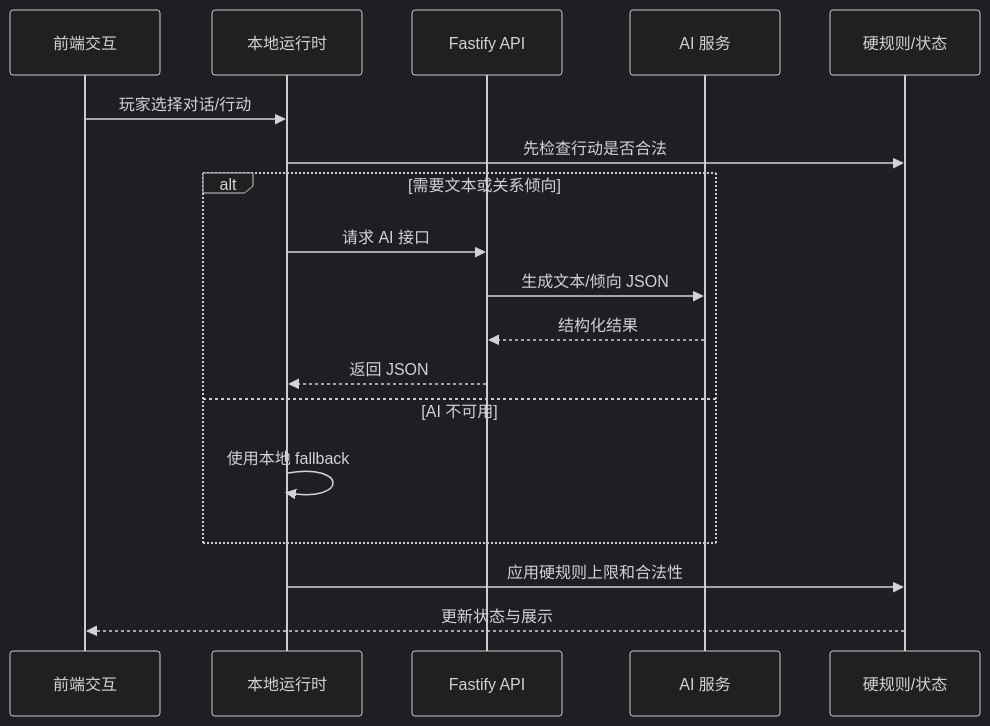
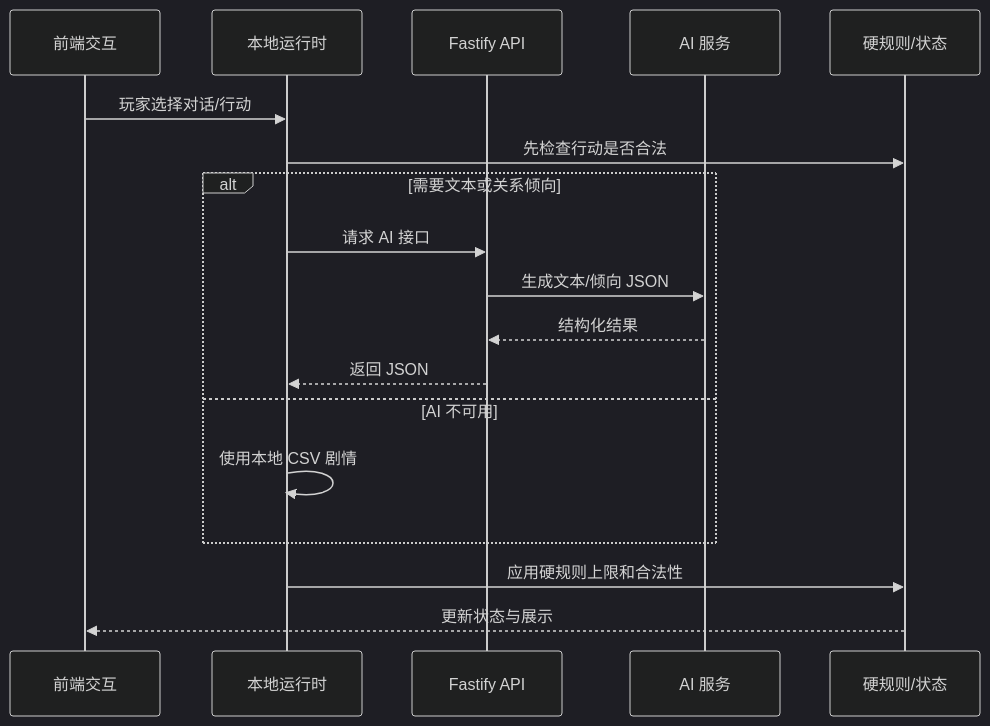
Diagram 15 of 17 in 02-project-codex-ai-config-wiring-fix/docs/game-system-breakdown.md (changyikun/02-project-codex-ai-config-wiring-fix), drawn with Mermaid (dark theme) before and after one commit. The commit also changed other lines of this file and 77 other files, not shown here.

````diff
--- a/02-project-codex-ai-config-wiring-fix/docs/game-system-breakdown.md
+++ b/02-project-codex-ai-config-wiring-fix/docs/game-system-breakdown.md
@@ -673,21 +692,21 @@
 ```mermaid
 sequenceDiagram
   participant UI as 前端交互
   participant Runtime as 本地运行时
   participant API as Fastify API
   participant AI as AI 服务
   participant Rule as 硬规则/状态
 
   UI->>Runtime: 玩家选择对话/行动
   Runtime->>Rule: 先检查行动是否合法
   alt 需要文本或关系倾向
     Runtime->>API: 请求 AI 接口
     API->>AI: 生成文本/倾向 JSON
     AI-->>API: 结构化结果
     API-->>Runtime: 返回 JSON
   else AI 不可用
-    Runtime->>Runtime: 使用本地 fallback
+    Runtime->>Runtime: 使用本地 CSV 剧情
   end
   Runtime->>Rule: 应用硬规则上限和合法性
   Rule-->>UI: 更新状态与展示
 ```
````
